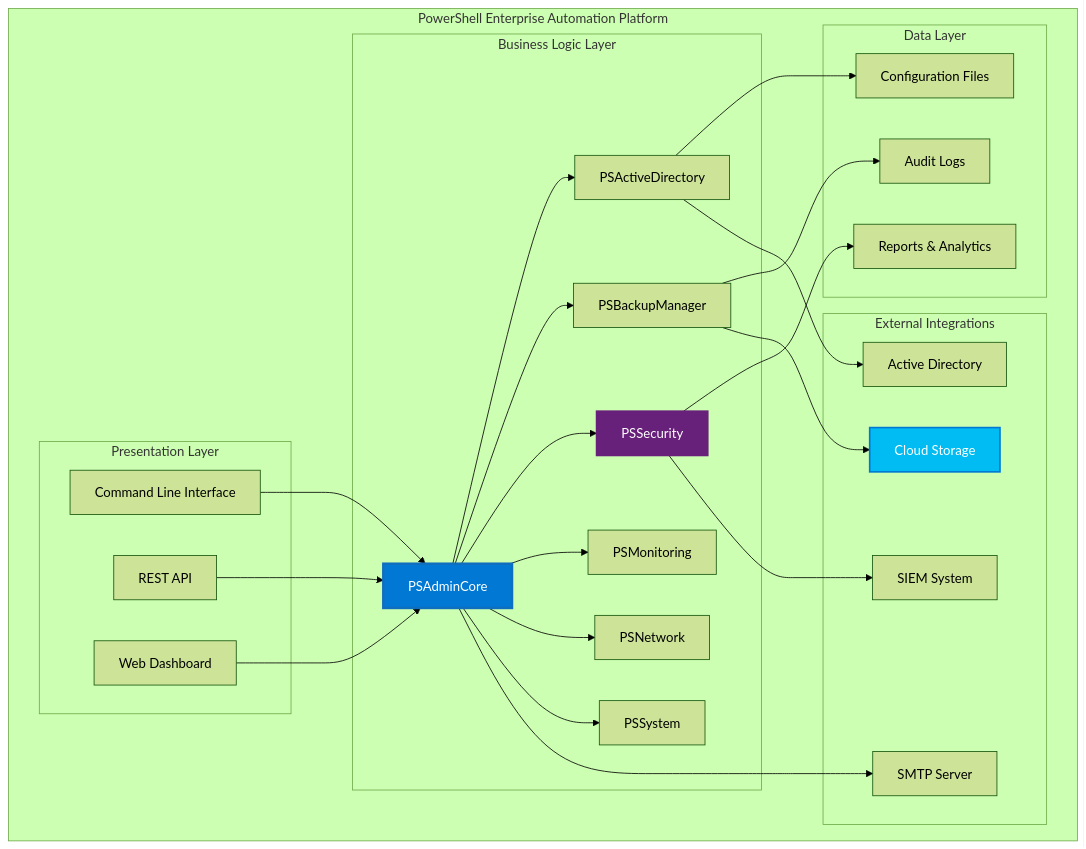
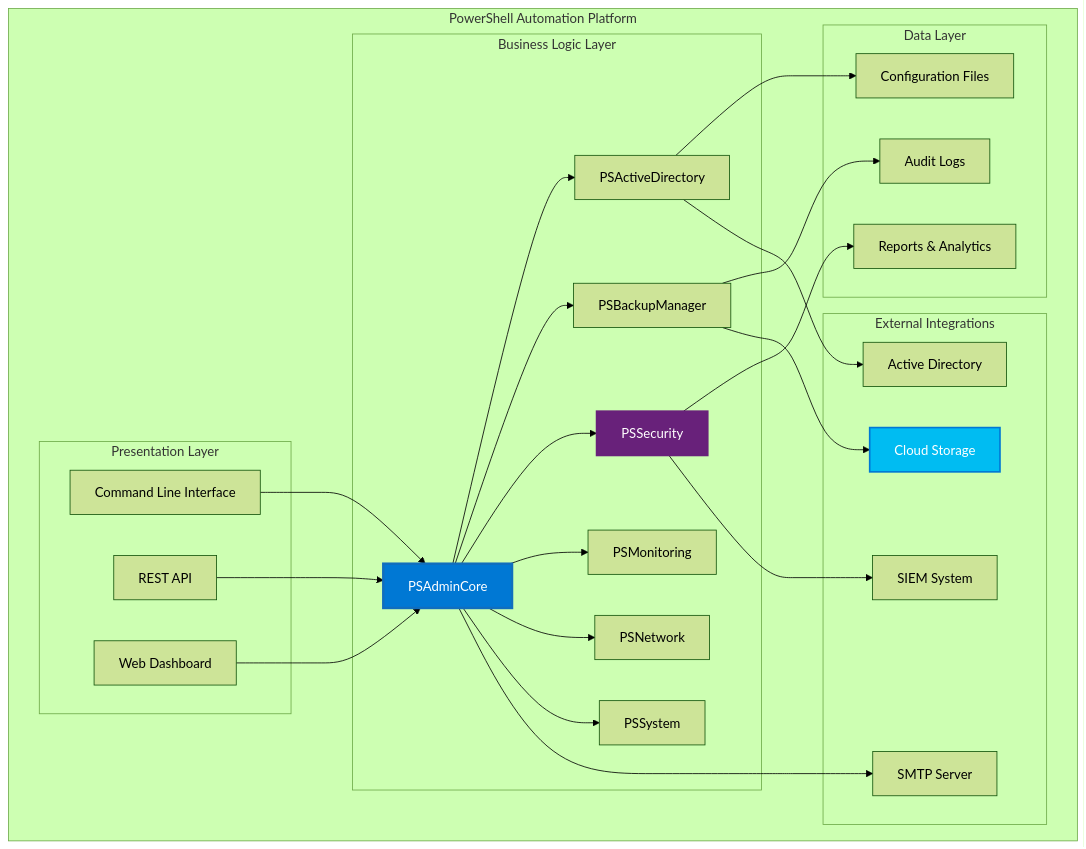
Before and after one commit to lucchesi-sec/powershell-automation: the first of 3 diagrams in docfx_project/articles/ARCHITECTURE.md, drawn with Mermaid (forest theme). The commit also changed other lines of this file and 44 other files, not shown here.

````diff
--- a/docfx_project/articles/ARCHITECTURE.md
+++ b/docfx_project/articles/ARCHITECTURE.md
@@ -30,57 +30,57 @@
 ```mermaid
 graph TB
-    subgraph "PowerShell Enterprise Automation Platform"
+    subgraph "PowerShell Automation Platform"
         subgraph "Presentation Layer"
             CLI[Command Line Interface]
             API[REST API]
             WEB[Web Dashboard]
         end
         
         subgraph "Business Logic Layer"
             CORE[PSAdminCore]
             AD[PSActiveDirectory]
             BACKUP[PSBackupManager]
             SECURITY[PSSecurity]
             MONITOR[PSMonitoring]
             NETWORK[PSNetwork]
             SYSTEM[PSSystem]
         end
         
         subgraph "Data Layer"
             CONFIG[Configuration Files]
             LOGS[Audit Logs]
             REPORTS[Reports & Analytics]
         end
         
         subgraph "External Integrations"
             CLOUD[Cloud Storage]
             EMAIL[SMTP Server]
             ADFS[Active Directory]
             SIEM[SIEM System]
         end
     end
     
     CLI --> CORE
     API --> CORE
     WEB --> CORE
     
     CORE --> AD
     CORE --> BACKUP
     CORE --> SECURITY
     CORE --> MONITOR
     CORE --> NETWORK
     CORE --> SYSTEM
     
     AD --> CONFIG
     BACKUP --> LOGS
     SECURITY --> REPORTS
     
     BACKUP --> CLOUD
     CORE --> EMAIL
     AD --> ADFS
     SECURITY --> SIEM
     
     style CORE fill:#0078D4,stroke:#106EBE,stroke-width:3px,color:#fff
     style CLOUD fill:#00BCF2,stroke:#0078D4,stroke-width:2px,color:#fff
     style SECURITY fill:#68217A,stroke:#68217A,stroke-width:2px,color:#fff
 ```
````
